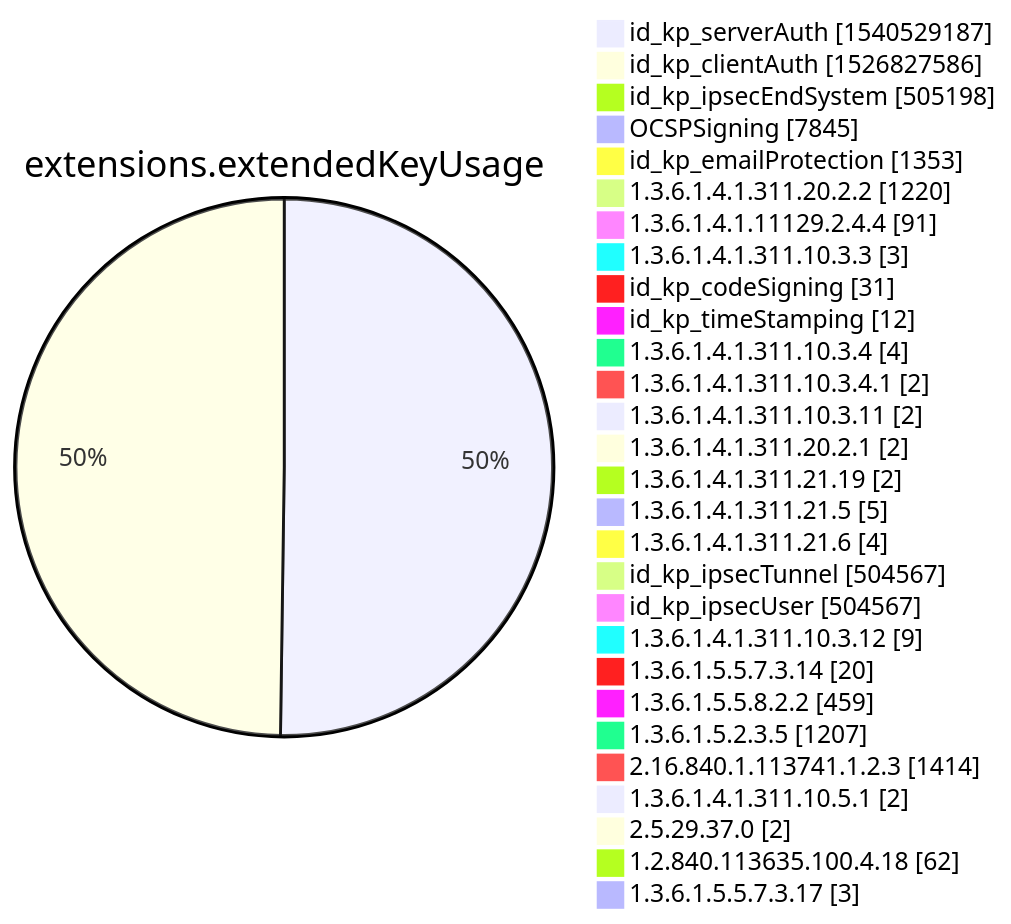
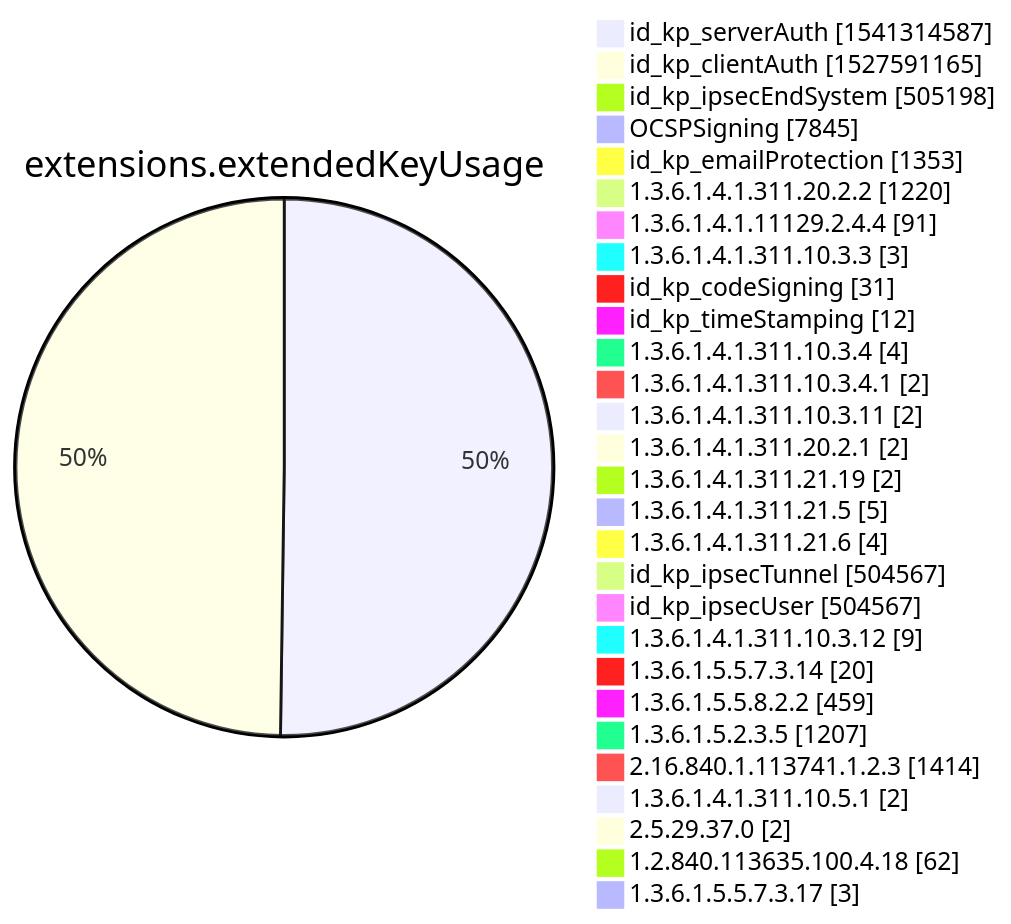
Diagram 12 of 15 in xenon2022/README.md (christiankrug/ctmonitor_visualization), drawn with Mermaid before and after one commit. The commit also changed other lines of this file, not shown here.

````diff
--- a/xenon2022/README.md
+++ b/xenon2022/README.md
@@ -3880,32 +3880,32 @@
 ```mermaid
 pie showData
 title extensions.extendedKeyUsage
-"id_kp_serverAuth" :1540529187
-"id_kp_clientAuth" :1526827586
+"id_kp_serverAuth" :1541314587
+"id_kp_clientAuth" :1527591165
 "id_kp_ipsecEndSystem" :505198
 "OCSPSigning" :7845
 "id_kp_emailProtection" :1353
 "1.3.6.1.4.1.311.20.2.2" :1220
 "1.3.6.1.4.1.11129.2.4.4" :91
 "1.3.6.1.4.1.311.10.3.3" :3
 "id_kp_codeSigning" :31
 "id_kp_timeStamping" :12
 "1.3.6.1.4.1.311.10.3.4" :4
 "1.3.6.1.4.1.311.10.3.4.1" :2
 "1.3.6.1.4.1.311.10.3.11" :2
 "1.3.6.1.4.1.311.20.2.1" :2
 "1.3.6.1.4.1.311.21.19" :2
 "1.3.6.1.4.1.311.21.5" :5
 "1.3.6.1.4.1.311.21.6" :4
 "id_kp_ipsecTunnel" :504567
 "id_kp_ipsecUser" :504567
 "1.3.6.1.4.1.311.10.3.12" :9
 "1.3.6.1.5.5.7.3.14" :20
 "1.3.6.1.5.5.8.2.2" :459
 "1.3.6.1.5.2.3.5" :1207
 "2.16.840.1.113741.1.2.3" :1414
 "1.3.6.1.4.1.311.10.5.1" :2
 "2.5.29.37.0" :2
 "1.2.840.113635.100.4.18" :62
 "1.3.6.1.5.5.7.3.17" :3
 ```
````
